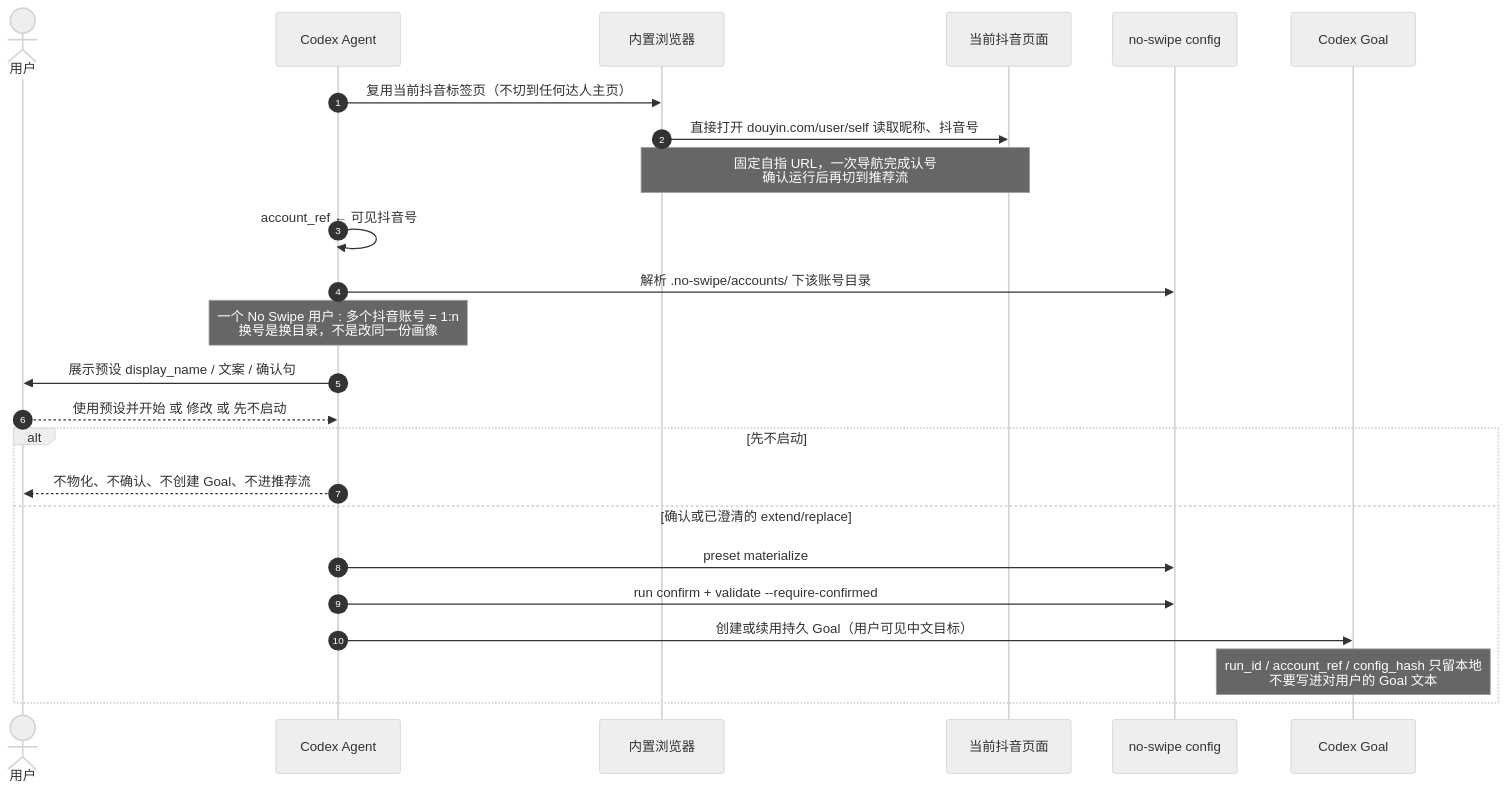
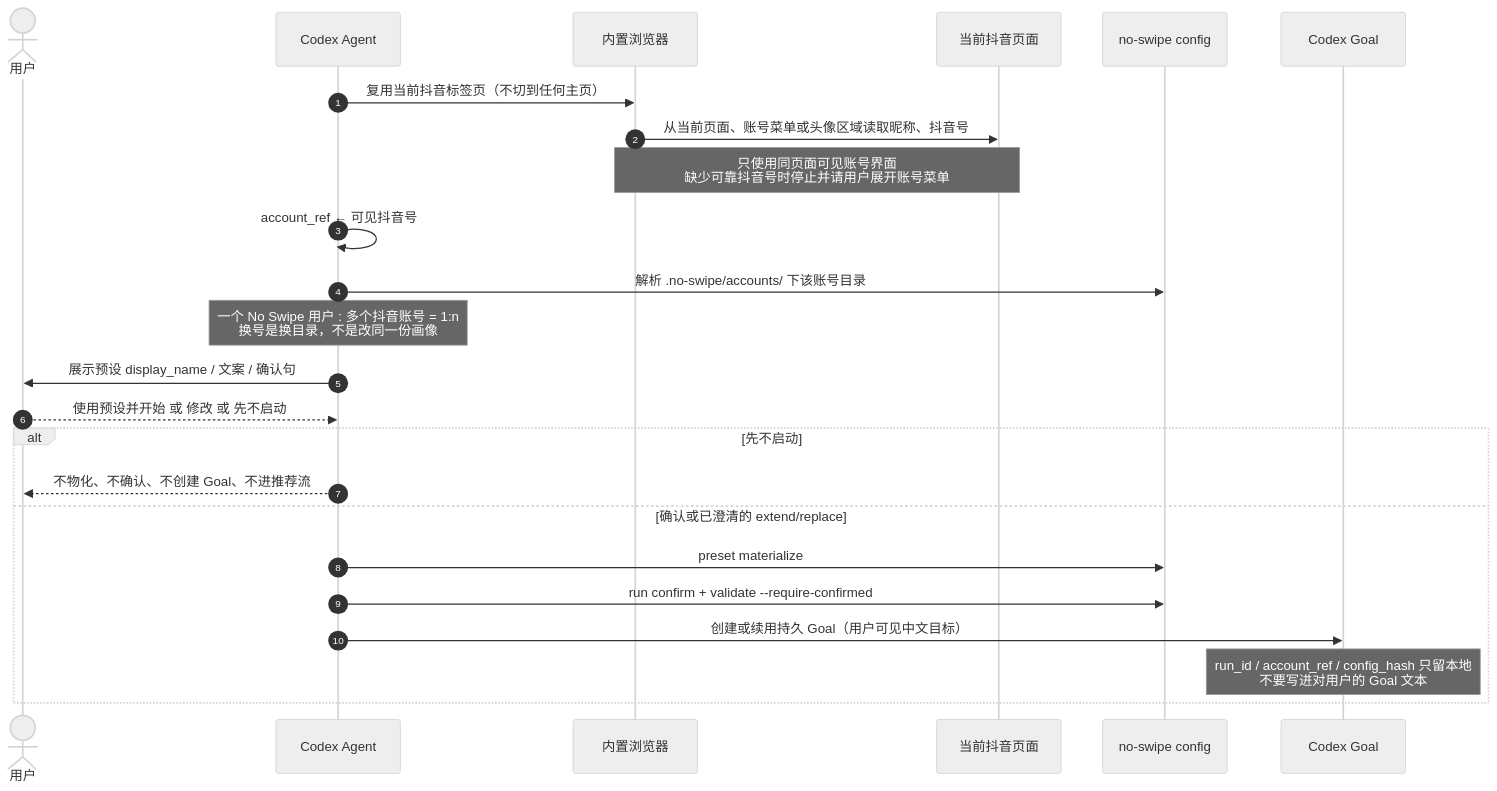
The ninth of 18 diagrams in docs/no-swipe-interaction-flows.md (OfWind/no_swipe), drawn with Mermaid (neutral theme) before and after one commit. The commit also changed other lines of this file and 17 other files, not shown here.

````diff
--- a/docs/no-swipe-interaction-flows.md
+++ b/docs/no-swipe-interaction-flows.md
@@ -335,29 +335,29 @@
 ```mermaid
 sequenceDiagram
   autonumber
   actor User as 用户
   participant Agent as Codex Agent
   participant Br as 内置浏览器
   participant DY as 当前抖音页面
   participant CLI as no-swipe config
   participant Goal as Codex Goal
 
-  Agent->>Br: 复用当前抖音标签页（不切到任何达人主页）
-  Br->>DY: 直接打开 douyin.com/user/self 读取昵称、抖音号
-  Note over Br,DY: 固定自指 URL，一次导航完成认号<br/>确认运行后再切到推荐流
+  Agent->>Br: 复用当前抖音标签页（不切到任何主页）
+  Br->>DY: 从当前页面、账号菜单或头像区域读取昵称、抖音号
+  Note over Br,DY: 只使用同页面可见账号界面<br/>缺少可靠抖音号时停止并请用户展开账号菜单
   Agent->>Agent: account_ref ← 可见抖音号
   Agent->>CLI: 解析 .no-swipe/accounts/ 下该账号目录
   Note over Agent: 一个 No Swipe 用户 : 多个抖音账号 = 1:n<br/>换号是换目录，不是改同一份画像
 
   Agent->>User: 展示预设 display_name / 文案 / 确认句
   User-->>Agent: 使用预设并开始 或 修改 或 先不启动
 
   alt 先不启动
     Agent-->>User: 不物化、不确认、不创建 Goal、不进推荐流
   else 确认或已澄清的 extend/replace
     Agent->>CLI: preset materialize
     Agent->>CLI: run confirm + validate --require-confirmed
     Agent->>Goal: 创建或续用持久 Goal（用户可见中文目标）
     Note over Goal: run_id / account_ref / config_hash 只留本地<br/>不要写进对用户的 Goal 文本
   end
 ```
````
